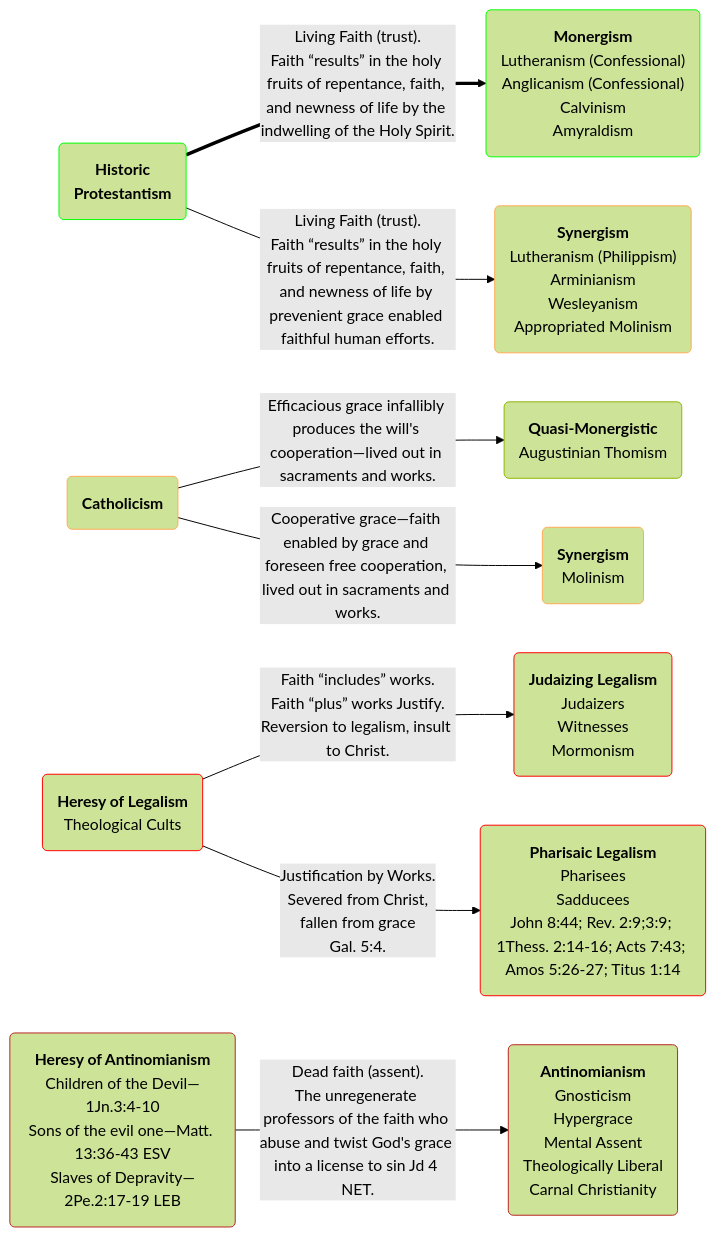
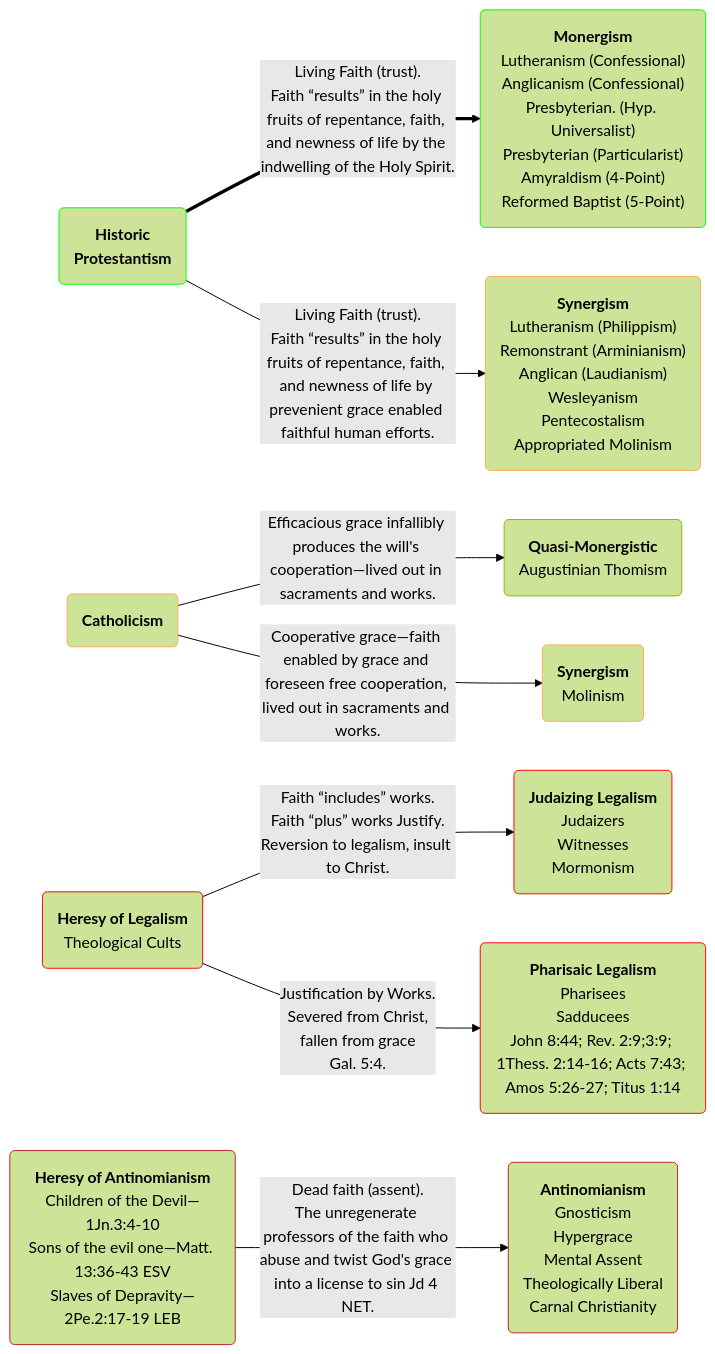
Before and after one commit to OrdoLuminis/ordoluminis.github.io: the first of 2 diagrams in _posts/2025-08-03-historic-protestant-position.markdown, drawn with Mermaid (forest theme). The commit also changed other lines of this file, not shown here.

````diff
--- a/_posts/2025-08-03-historic-protestant-position.markdown
+++ b/_posts/2025-08-03-historic-protestant-position.markdown
@@ -55,23 +55,23 @@
 ```mermaid
 flowchart LR
     A(<strong>Historic<br>Protestantism</strong>):::green
     B(<strong>Catholicism</strong>):::orange
     C(<strong>Heresy of Legalism</strong><br>Theological Cults):::red
     D(<strong>Heresy of Antinomianism</strong><br>Children of the Devil&mdash;1Jn.3:4-10<br>Sons of the evil one&mdash;Matt. 13:36-43 ESV<br>Slaves of Depravity&mdash;2Pe.2:17-19 LEB):::firebrick
-    A ==>|Living Faith &lpar;trust&rpar;.<br>Faith &ldquo;results&rdquo; in the holy fruits of repentance, faith, and newness of life by the indwelling of the Holy Spirit.| G(<strong>Monergism</strong><br>Lutheranism &lpar;Confessional&rpar;<br>Anglicanism &lpar;Confessional&rpar;<br>Calvinism<br>Amyraldism):::green
-    A -->|Living Faith &lpar;trust&rpar;.<br>Faith &ldquo;results&rdquo; in the holy fruits of repentance, faith, and newness of life by prevenient grace enabled faithful human efforts.| H(<strong>Synergism</strong><br>Lutheranism &lpar;Philippism&rpar;<br>Arminianism<br>Wesleyanism<br>Appropriated Molinism):::orange
+    A ==>|Living Faith &lpar;trust&rpar;.<br>Faith &ldquo;results&rdquo; in the holy fruits of repentance, faith, and newness of life by the indwelling of the Holy Spirit.| G(<strong>Monergism</strong><br>Lutheranism &lpar;Confessional&rpar;<br>Anglicanism &lpar;Confessional&rpar;<br>Presbyterian. &lpar;Hyp. Universalist&rpar;<br>Presbyterian &lpar;Particularist&rpar;<br>Amyraldism &lpar;4-Point&rpar;<br>Reformed Baptist &lpar;5-Point&rpar;):::green
+    A -->|Living Faith &lpar;trust&rpar;.<br>Faith &ldquo;results&rdquo; in the holy fruits of repentance, faith, and newness of life by prevenient grace enabled faithful human efforts.| H(<strong>Synergism</strong><br>Lutheranism &lpar;Philippism&rpar;<br>Remonstrant &lpar;Arminianism&rpar;<br>Anglican &lpar;Laudianism&rpar;<br>Wesleyanism<br>Pentecostalism<br>Appropriated Molinism):::orange
     B -->|Efficacious grace infallibly produces the will's cooperation&mdash;lived out in sacraments and works.| N(<strong>Quasi-Monergistic</strong><br>Augustinian Thomism):::yellowgreen
     B -->|Cooperative grace&mdash;faith enabled by grace and foreseen free cooperation, lived out in sacraments and works.| I(<strong>Synergism</strong><br>Molinism):::orange
     C -->|Faith &ldquo;includes&rdquo; works.<br>Faith &ldquo;plus&rdquo; works Justify.<br>Reversion to legalism, insult to Christ.| J(<strong>Judaizing Legalism</strong><br>Judaizers<br>Witnesses<br>Mormonism):::red
     C -->|Justification by Works.<br>Severed from Christ,<br>fallen from grace<br>Gal. 5:4.| K(<strong>Pharisaic Legalism</strong><br>Pharisees<br>Sadducees<br>John 8:44; Rev. 2:9;3:9; 1Thess. 2:14-16; Acts 7:43; Amos 5:26-27; Titus 1:14):::red
     D -->|Dead faith &lpar;assent&rpar;.<br>The unregenerate professors of the faith who abuse and twist God's grace into a license to sin Jd 4 NET.| L(<strong>Antinomianism</strong><br>Gnosticism<br>Hypergrace<br>Mental Assent<br>Theologically Liberal<br>Carnal Christianity):::firebrick
     classDef red stroke:#f00
     classDef green stroke:#0f0
     classDef lightgreen stroke:#Bf0
     classDef yellowgreen stroke:#8db600
     classDef darkgreen stroke:#006400
     classDef orange stroke:#fa5
     classDef firebrick stroke:#b22
     classDef darkred stroke:#8B0000
     classDef darkerred stroke:#701705
 ```
````
